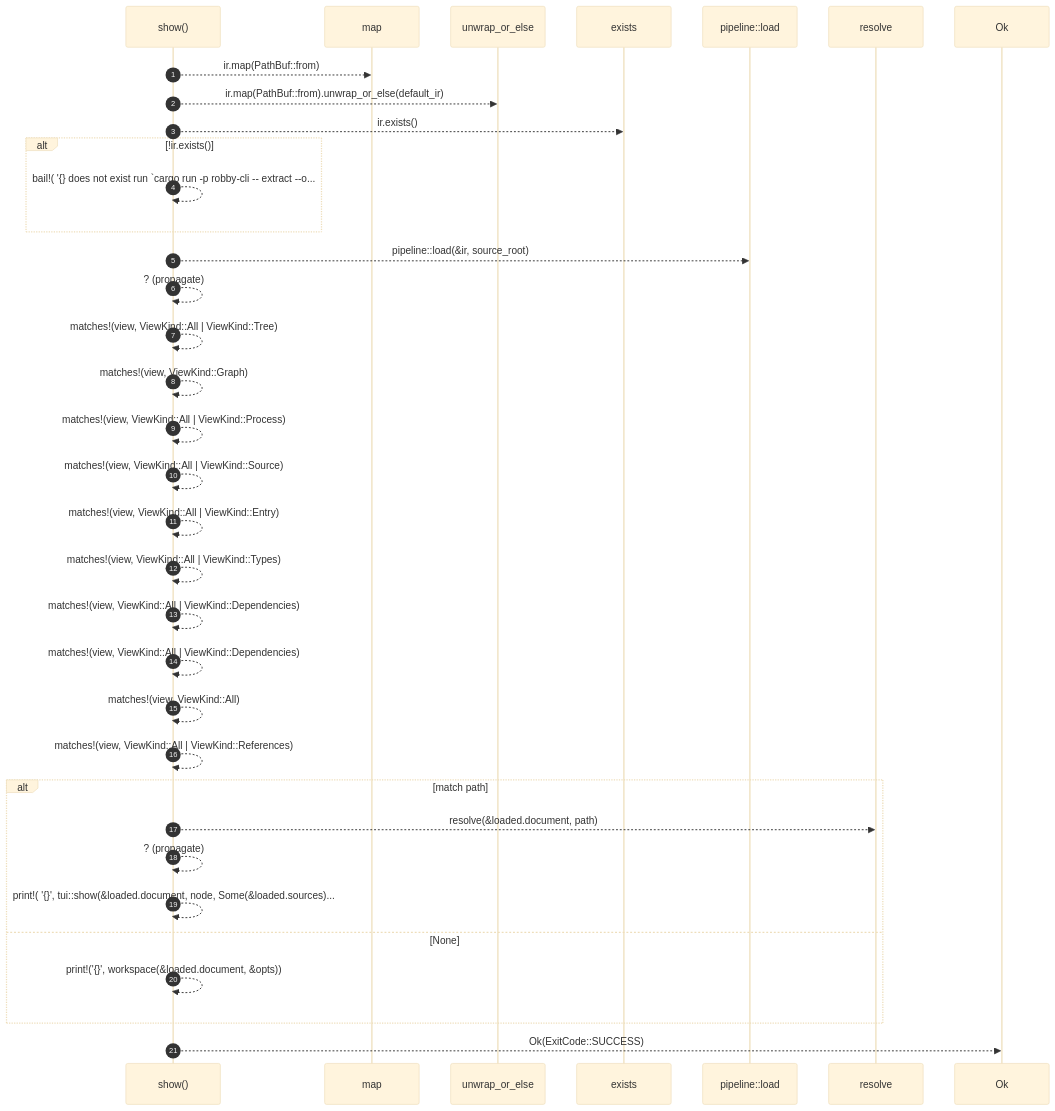
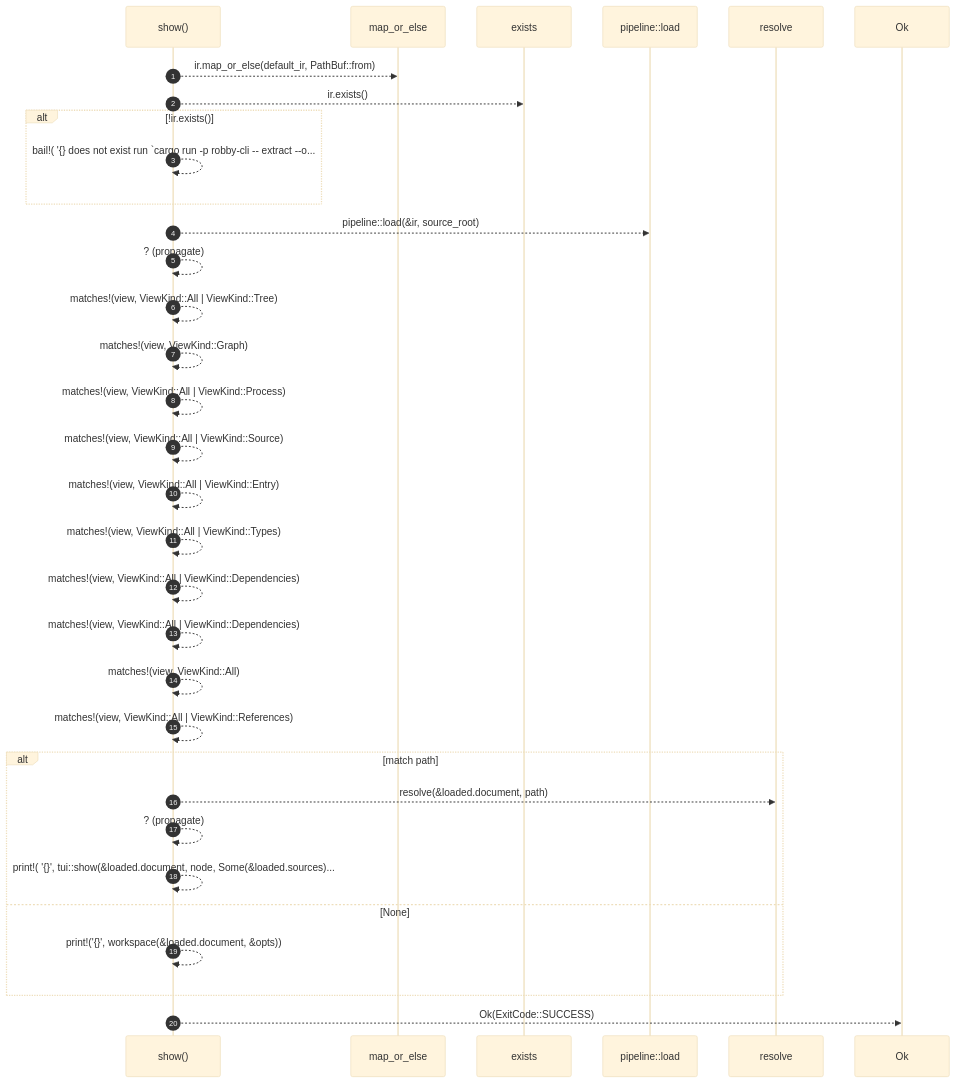
The diagram in docs/self-model/robby_cli/show.md (RyanGuild/self-describing-code), drawn with Mermaid (base theme) before and after one commit. The commit also changed other lines of this file and 747 other files, not shown here.

````diff
--- a/docs/self-model/robby_cli/show.md
+++ b/docs/self-model/robby_cli/show.md
@@ -65,37 +65,35 @@
 ```mermaid
 sequenceDiagram
     autonumber
     participant show as show()
-    participant map as map
-    participant unwrap_or_else as unwrap_or_else
+    participant map_or_else as map_or_else
     participant exists as exists
     participant pipeline__load as pipeline::load
     participant resolve as resolve
     participant Ok as Ok
-    show-->>map: ir.map(PathBuf::from)
-    show-->>unwrap_or_else: ir.map(PathBuf::from).unwrap_or_else(default_ir)
+    show-->>map_or_else: ir.map_or_else(default_ir, PathBuf::from)
     show-->>exists: ir.exists()
     alt !ir.exists()
     show-->>show: bail!( '{} does not exist run `cargo run -p robby-cli -- extract --o...
     end
     show-->>pipeline__load: pipeline::load(&ir, source_root)
     show-->>show: ? (propagate)
     show-->>show: matches!(view, ViewKind::All | ViewKind::Tree)
     show-->>show: matches!(view, ViewKind::Graph)
     show-->>show: matches!(view, ViewKind::All | ViewKind::Process)
     show-->>show: matches!(view, ViewKind::All | ViewKind::Source)
     show-->>show: matches!(view, ViewKind::All | ViewKind::Entry)
     show-->>show: matches!(view, ViewKind::All | ViewKind::Types)
     show-->>show: matches!(view, ViewKind::All | ViewKind::Dependencies)
     show-->>show: matches!(view, ViewKind::All | ViewKind::Dependencies)
     show-->>show: matches!(view, ViewKind::All)
     show-->>show: matches!(view, ViewKind::All | ViewKind::References)
     alt match path
     show-->>resolve: resolve(&loaded.document, path)
     show-->>show: ? (propagate)
     show-->>show: print!( '{}', tui::show(&loaded.document, node, Some(&loaded.sources)...
     else None
     show-->>show: print!('{}', workspace(&loaded.document, &opts))
     end
     show-->>Ok: Ok(ExitCode::SUCCESS)
 ```
````
